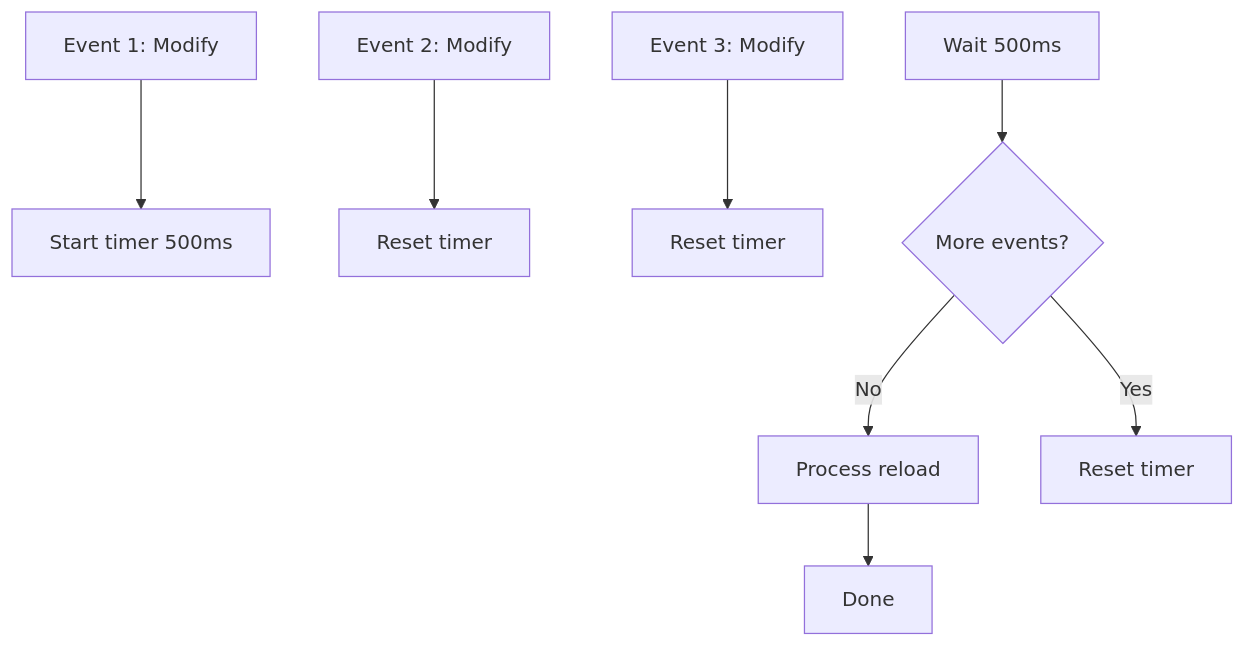
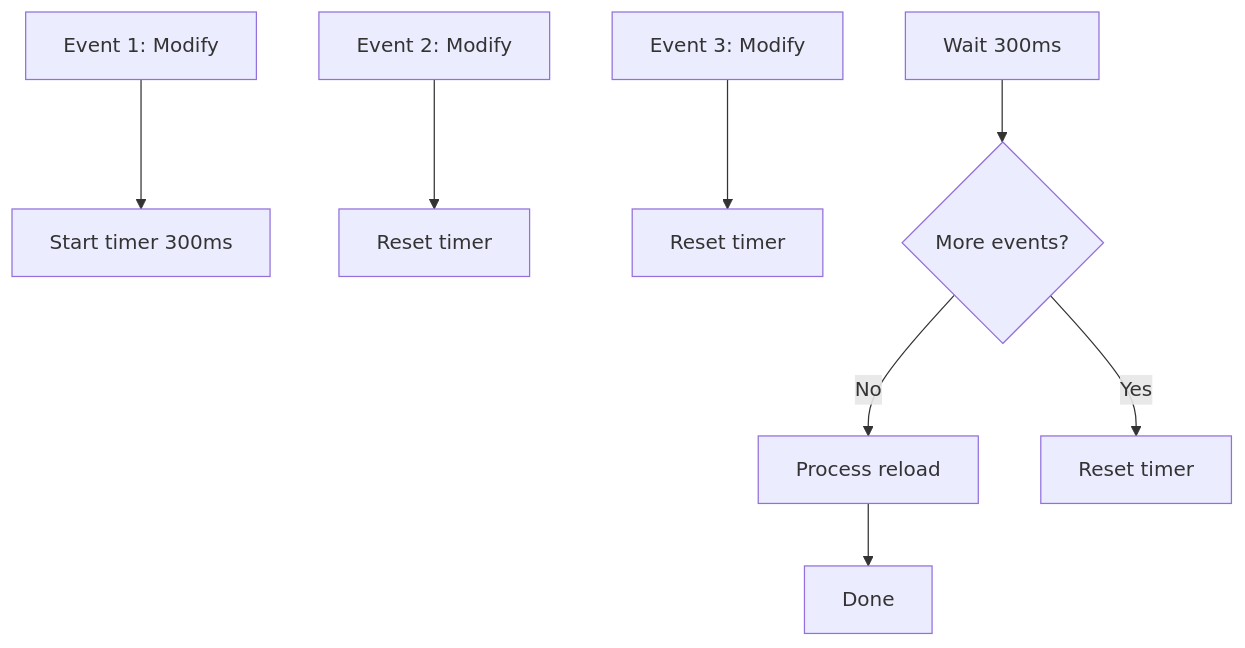
The third of 5 diagrams in crates/config/docs/hot-reload.md (Lighty-Launcher/LightyUpdater), drawn with Mermaid before and after one commit. The commit also changed other lines of this file and 23 other files, not shown here.

````diff
--- a/crates/config/docs/hot-reload.md
+++ b/crates/config/docs/hot-reload.md
@@ -124,12 +155,12 @@
 ```mermaid
 graph TD
-    Event1[Event 1: Modify] --> Start[Start timer 500ms]
+    Event1[Event 1: Modify] --> Start[Start timer 300ms]
     Event2[Event 2: Modify] --> Reset[Reset timer]
     Event3[Event 3: Modify] --> Reset2[Reset timer]
-    Wait[Wait 500ms] --> NoMore{More events?}
+    Wait[Wait 300ms] --> NoMore{More events?}
 
     NoMore -->|No| Process[Process reload]
     NoMore -->|Yes| Reset3[Reset timer]
 
     Process --> Done[Done]
 ```
````
